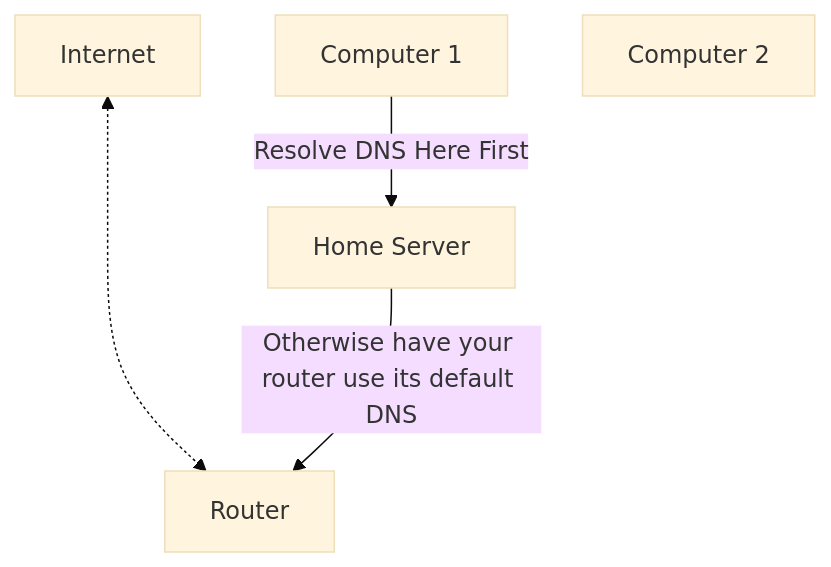
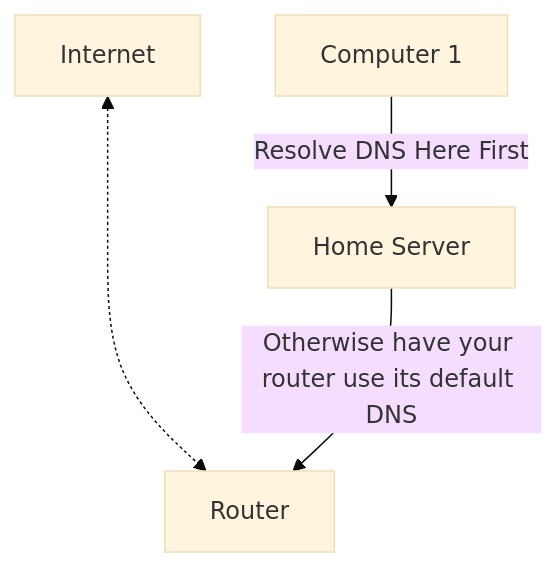
Before and after one commit to ty-anderson/python_quickstart: the diagram in docs/docs_102_dns_server.md, drawn with Mermaid (base theme). The commit also changed other lines of this file and 23 other files, not shown here.

```diff
--- a/docs/docs_102_dns_server.md
+++ b/docs/docs_102_dns_server.md
@@ -17,12 +17,11 @@
 <div class="mermaid">
 graph TD
     A[Router]
     B[Internet]
     C[Home Server]
     D[Computer 1]
-    E[Computer 2]
 
     B <-..-> A
     C --Otherwise have your router use its default DNS--> A
     D --Resolve DNS Here First--> C
 </div>
```
